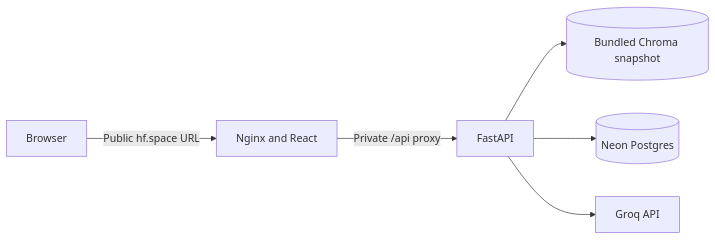
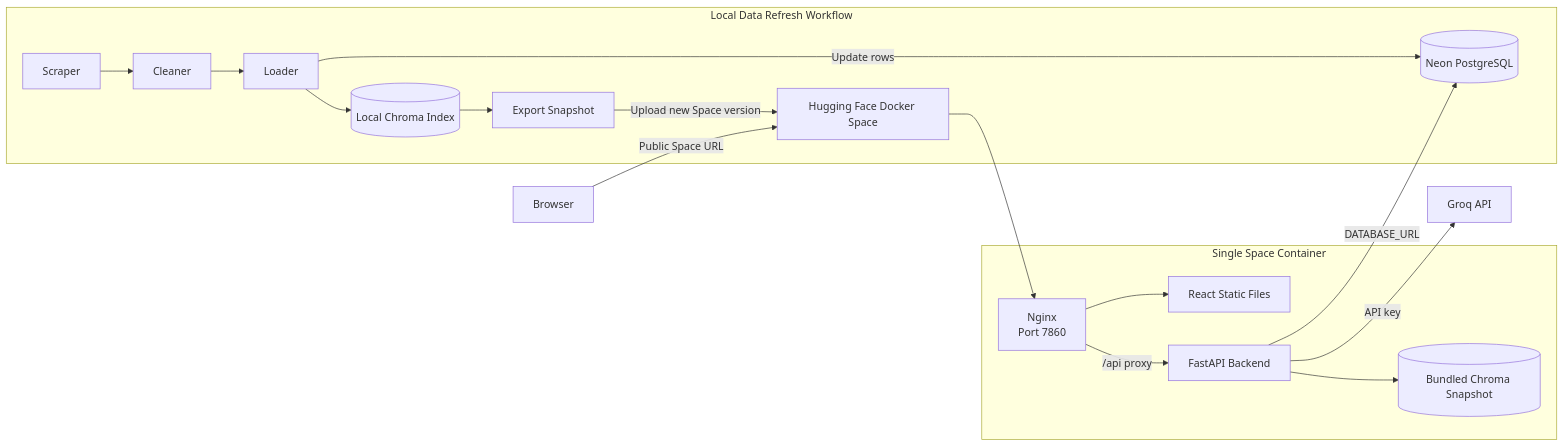
The fourth of 4 diagrams in README.md (abd-04/olx_rag), drawn with Mermaid before and after one commit. The commit also changed other lines of this file, not shown here.

Commit message:
Rewrite README with C4 deployment diagrams

````diff
--- a/README.md
+++ b/README.md
@@ -396,8 +109,27 @@
 ```mermaid
 flowchart LR
-    U[Browser] -->|Public hf.space URL| N[Nginx and React]
-    N -->|Private /api proxy| B[FastAPI]
-    B --> C[(Bundled Chroma snapshot)]
-    B --> P[(Neon Postgres)]
-    B --> G[Groq API]
+    U[Browser] -->|Public Space URL| HF[Hugging Face Docker Space]
+
+    subgraph SPACE[Single Space Container]
+        NX[Nginx<br/>Port 7860]
+        RE[React Static Files]
+        API[FastAPI Backend]
+        CH[(Bundled Chroma Snapshot)]
+        NX --> RE
+        NX -->|/api proxy| API
+        API --> CH
+    end
+
+    HF --> NX
+    API -->|DATABASE_URL| NEON[(Neon PostgreSQL)]
+    API -->|API key| GROQ[Groq API]
+
+    subgraph REFRESH[Local Data Refresh Workflow]
+        S[Scraper] --> CL[Cleaner]
+        CL --> LD[Loader]
+        LD -->|Update rows| NEON
+        LD --> LC[(Local Chroma Index)]
+        LC --> EX[Export Snapshot]
+        EX -->|Upload new Space version| HF
+    end
 ```
````
